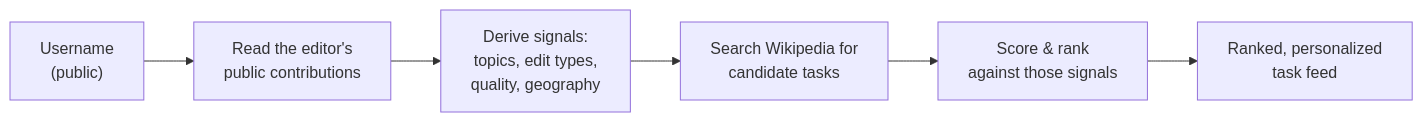
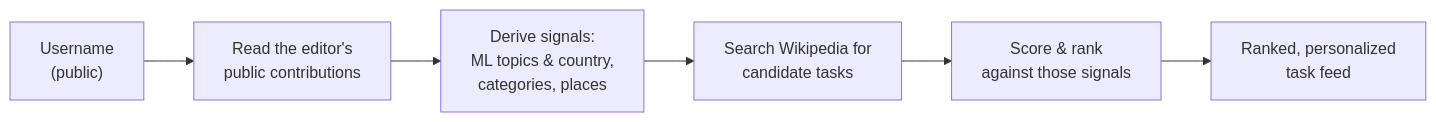
The diagram in wiki/Home.md (Wikimedians-of-Kerala-UG-Technical/Compass), drawn with Mermaid before and after one commit. The commit also changed other lines of this file and 16 other files, not shown here.

````diff
--- a/wiki/Home.md
+++ b/wiki/Home.md
@@ -13,8 +13,8 @@
 ```mermaid
 flowchart LR
     U["Username<br/>(public)"] --> P["Read the editor's<br/>public contributions"]
-    P --> S["Derive signals:<br/>topics, edit types,<br/>quality, geography"]
+    P --> S["Derive signals:<br/>ML topics & country,<br/>categories, places"]
     S --> C["Search Wikipedia for<br/>candidate tasks"]
     C --> R["Score & rank<br/>against those signals"]
     R --> F["Ranked, personalized<br/>task feed"]
 ```
````
